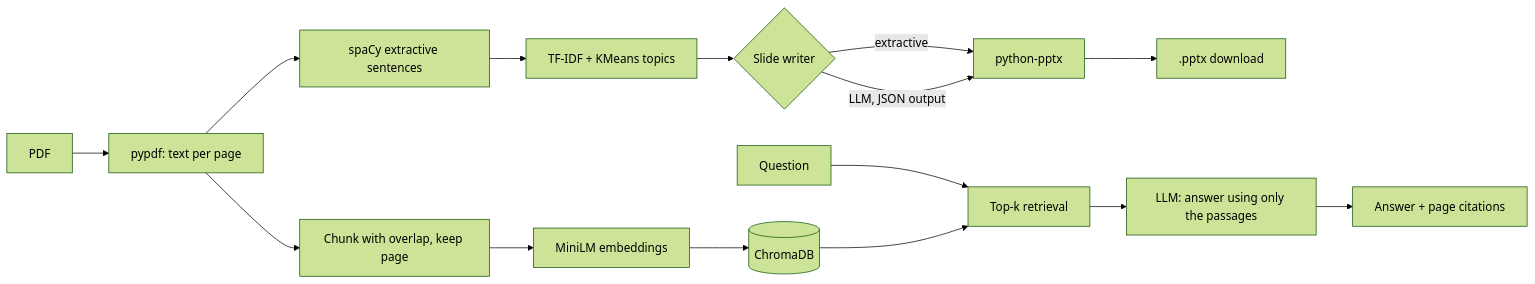
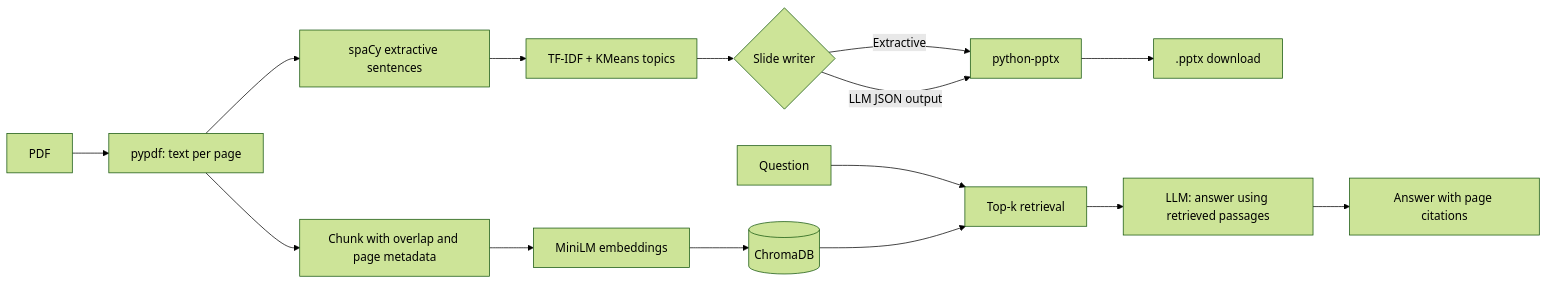
One commit to aryabanda/DocDeck-AI changed the diagram in README.md. Above: the diagram before and after it, drawn with Mermaid (forest theme). The commit also changed other lines of this file, not shown here.

````diff
--- a/README.md
+++ b/README.md
@@ -10,12 +9,18 @@
 ```mermaid
 flowchart LR
   PDF[PDF] --> X[pypdf: text per page]
-  X --> S[spaCy extractive sentences] --> T[TF-IDF + KMeans topics]
+  X --> S[spaCy extractive sentences]
+  S --> T[TF-IDF + KMeans topics]
   T --> W{Slide writer}
-  W -->|extractive| P[python-pptx]
-  W -->|LLM, JSON output| P
+  W -->|Extractive| P[python-pptx]
+  W -->|LLM JSON output| P
   P --> D[.pptx download]
-  X --> C[Chunk with overlap, keep page] --> E[MiniLM embeddings] --> V[(ChromaDB)]
+
+  X --> C[Chunk with overlap and page metadata]
+  C --> E[MiniLM embeddings]
+  E --> V[(ChromaDB)]
   Q[Question] --> R[Top-k retrieval]
-  V --> R --> L[LLM: answer using only the passages] --> A[Answer + page citations]
+  V --> R
+  R --> L[LLM: answer using retrieved passages]
+  L --> A[Answer with page citations]
 ```
````
